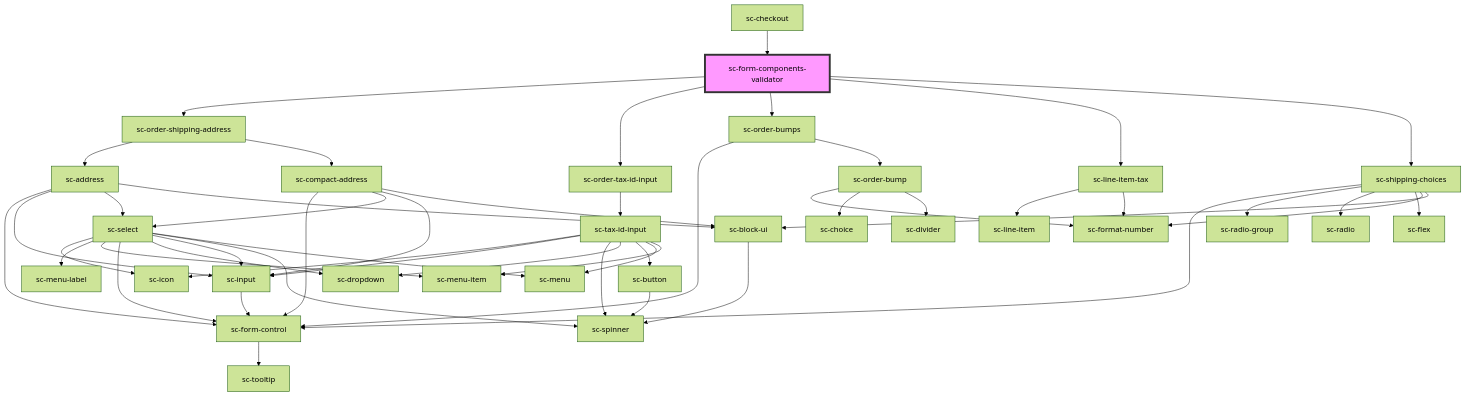
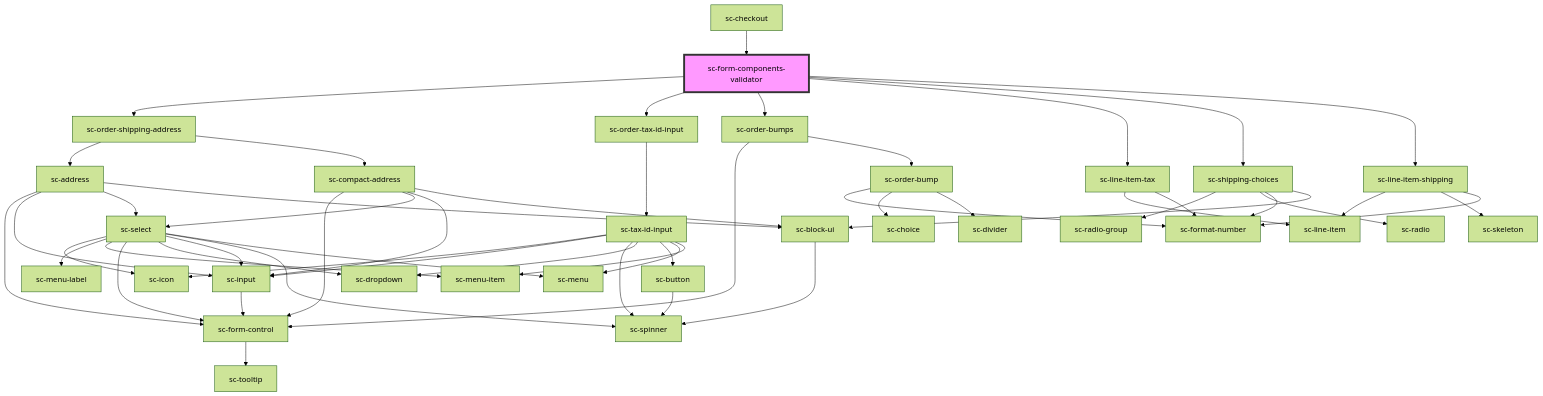
Before and after one commit to surecart/surecart-wp-plugin: the diagram in packages/components/src/components/providers/form-components-validator/readme.md, drawn with Mermaid (forest theme). The commit also changed other lines of this file and 17 other files, not shown here.

````diff
--- a/packages/components/src/components/providers/form-components-validator/readme.md
+++ b/packages/components/src/components/providers/form-components-validator/readme.md
@@ -32,53 +33,55 @@
 ```mermaid
 graph TD;
   sc-form-components-validator --> sc-order-shipping-address
   sc-form-components-validator --> sc-order-tax-id-input
   sc-form-components-validator --> sc-order-bumps
   sc-form-components-validator --> sc-line-item-tax
   sc-form-components-validator --> sc-shipping-choices
+  sc-form-components-validator --> sc-line-item-shipping
   sc-order-shipping-address --> sc-address
   sc-order-shipping-address --> sc-compact-address
   sc-address --> sc-form-control
   sc-address --> sc-input
   sc-address --> sc-select
   sc-address --> sc-block-ui
   sc-form-control --> sc-tooltip
   sc-input --> sc-form-control
   sc-select --> sc-icon
   sc-select --> sc-menu-label
   sc-select --> sc-menu-item
   sc-select --> sc-form-control
   sc-select --> sc-dropdown
   sc-select --> sc-input
   sc-select --> sc-spinner
   sc-select --> sc-menu
   sc-block-ui --> sc-spinner
   sc-compact-address --> sc-form-control
   sc-compact-address --> sc-select
   sc-compact-address --> sc-input
   sc-compact-address --> sc-block-ui
   sc-order-tax-id-input --> sc-tax-id-input
   sc-tax-id-input --> sc-icon
   sc-tax-id-input --> sc-input
   sc-tax-id-input --> sc-spinner
   sc-tax-id-input --> sc-dropdown
   sc-tax-id-input --> sc-button
   sc-tax-id-input --> sc-menu
   sc-tax-id-input --> sc-menu-item
   sc-button --> sc-spinner
   sc-order-bumps --> sc-form-control
   sc-order-bumps --> sc-order-bump
   sc-order-bump --> sc-format-number
   sc-order-bump --> sc-choice
   sc-order-bump --> sc-divider
   sc-line-item-tax --> sc-line-item
   sc-line-item-tax --> sc-format-number
-  sc-shipping-choices --> sc-form-control
   sc-shipping-choices --> sc-radio-group
   sc-shipping-choices --> sc-radio
-  sc-shipping-choices --> sc-flex
   sc-shipping-choices --> sc-format-number
   sc-shipping-choices --> sc-block-ui
+  sc-line-item-shipping --> sc-line-item
+  sc-line-item-shipping --> sc-skeleton
+  sc-line-item-shipping --> sc-format-number
   sc-checkout --> sc-form-components-validator
   style sc-form-components-validator fill:#f9f,stroke:#333,stroke-width:4px
 ```
````
